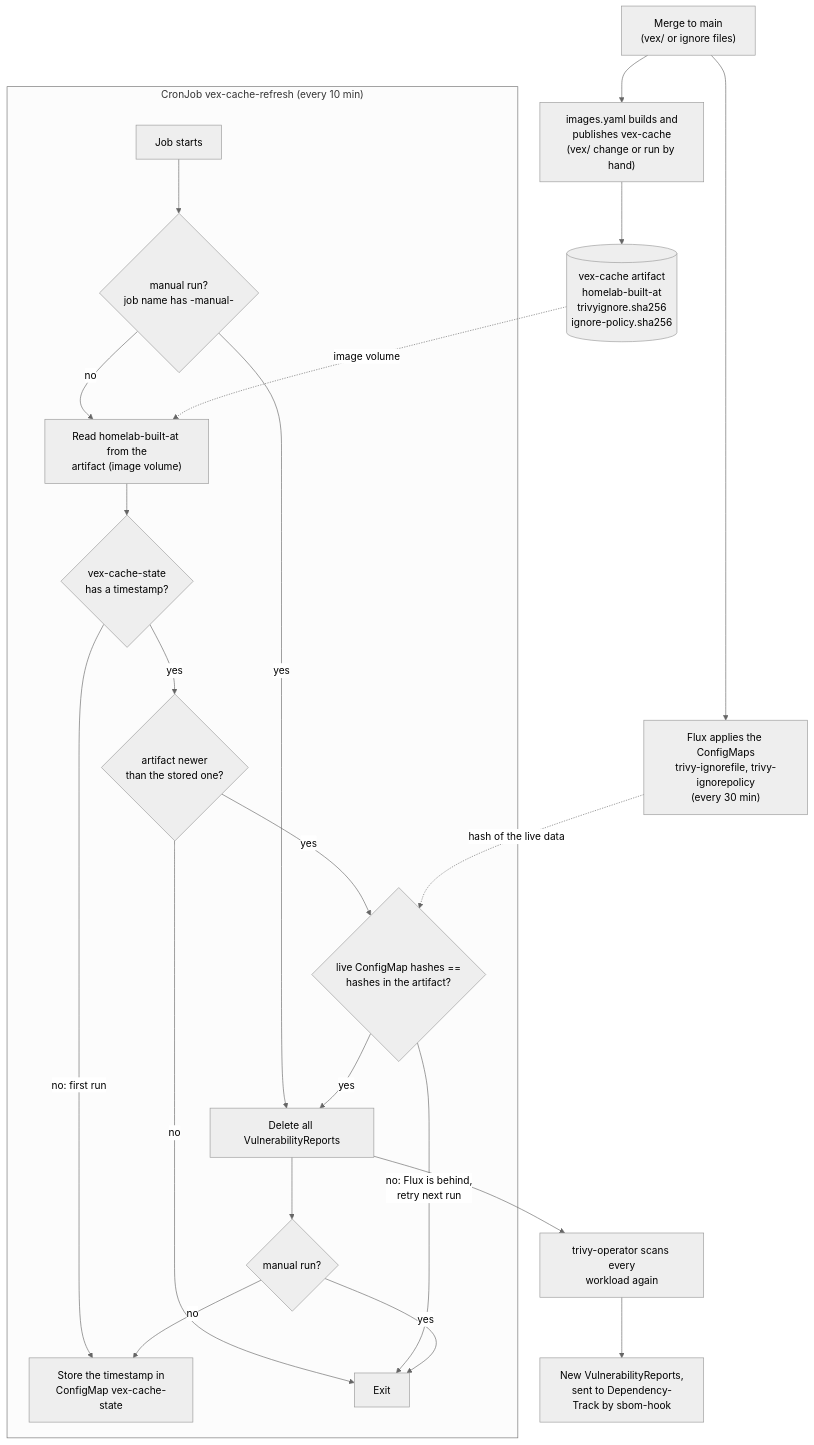
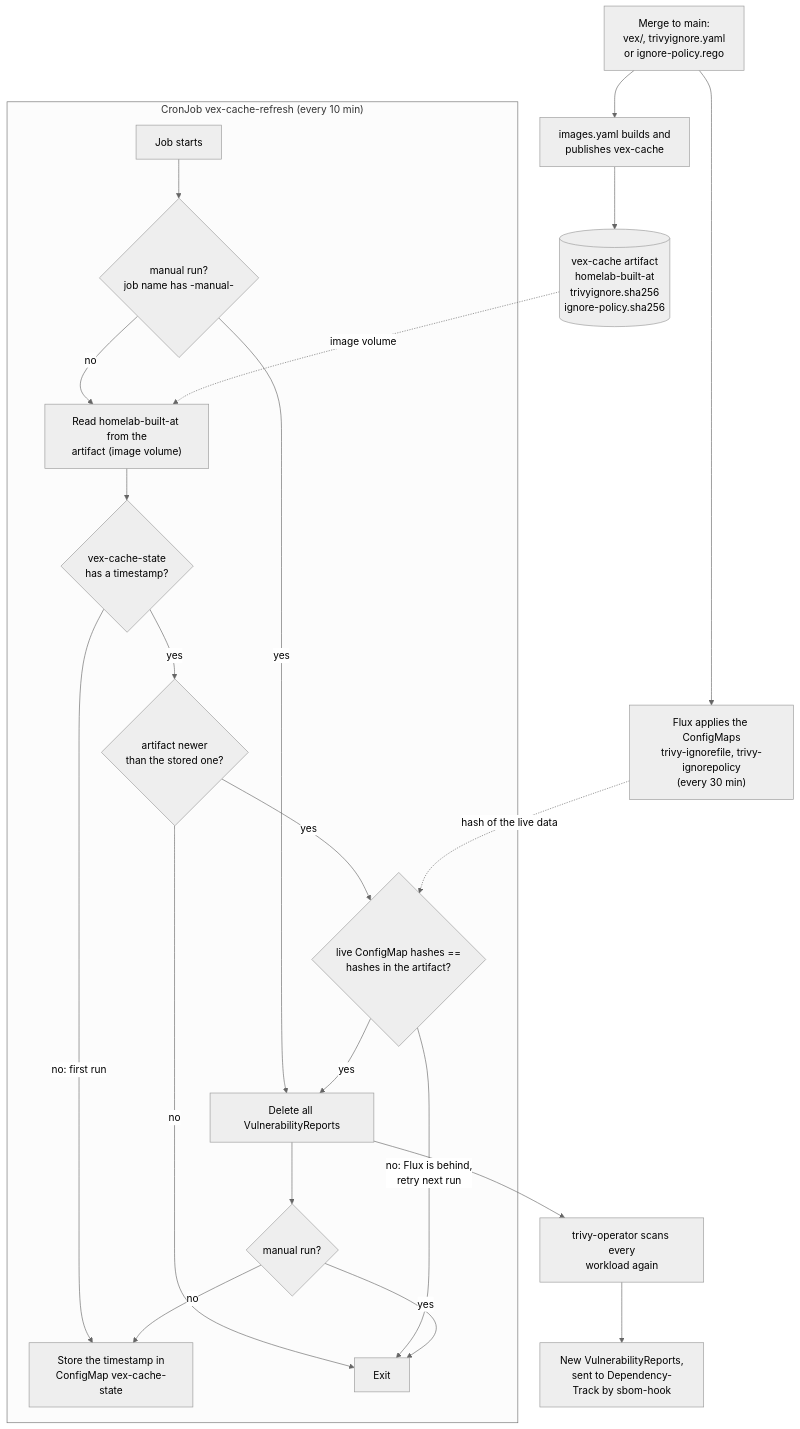
Before and after one commit to cthtrifork/talos-gitops: the diagram in k8s/infra/trivy-system/vex-cache-refresh/README.md, drawn with Mermaid (neutral theme). The commit also changed other lines of this file and 2 other files, not shown here.

Commit message:
ci(images): rebuild vex-cache when the ignore file or policy change

````diff
--- a/k8s/infra/trivy-system/vex-cache-refresh/README.md
+++ b/k8s/infra/trivy-system/vex-cache-refresh/README.md
@@ -8,27 +8,27 @@
 ```mermaid
 flowchart TB
-    change["Merge to main<br/>(vex/ or ignore files)"] --> ci["images.yaml builds and<br/>publishes vex-cache<br/>(vex/ change or run by hand)"]
+    change["Merge to main:<br/>vex/, trivyignore.yaml<br/>or ignore-policy.rego"] --> ci["images.yaml builds and<br/>publishes vex-cache"]
     change --> flux["Flux applies the ConfigMaps<br/>trivy-ignorefile, trivy-ignorepolicy<br/>(every 30 min)"]
     ci --> artifact[("vex-cache artifact<br/>homelab-built-at<br/>trivyignore.sha256<br/>ignore-policy.sha256")]
 
     subgraph job["CronJob vex-cache-refresh (every 10 min)"]
         start["Job starts"] --> manual{"manual run?<br/>job name has -manual-"}
         manual -->|yes| delete
         manual -->|no| read["Read homelab-built-at from the<br/>artifact (image volume)"]
         read --> first{"vex-cache-state<br/>has a timestamp?"}
         first -->|"no: first run"| record
         first -->|yes| newer{"artifact newer<br/>than the stored one?"}
         newer -->|no| done["Exit"]
         newer -->|yes| guard{"live ConfigMap hashes ==<br/>hashes in the artifact?"}
         guard -->|"no: Flux is behind,<br/>retry next run"| done
         guard -->|yes| delete["Delete all VulnerabilityReports"]
         delete --> kind{"manual run?"}
         kind -->|no| record["Store the timestamp in<br/>ConfigMap vex-cache-state"]
         kind -->|yes| done
     end
 
     artifact -.->|"image volume"| read
     flux -.->|"hash of the live data"| guard
     delete --> operator["trivy-operator scans every<br/>workload again"]
     operator --> reports["New VulnerabilityReports,<br/>sent to Dependency-Track by sbom-hook"]
 ```
````
